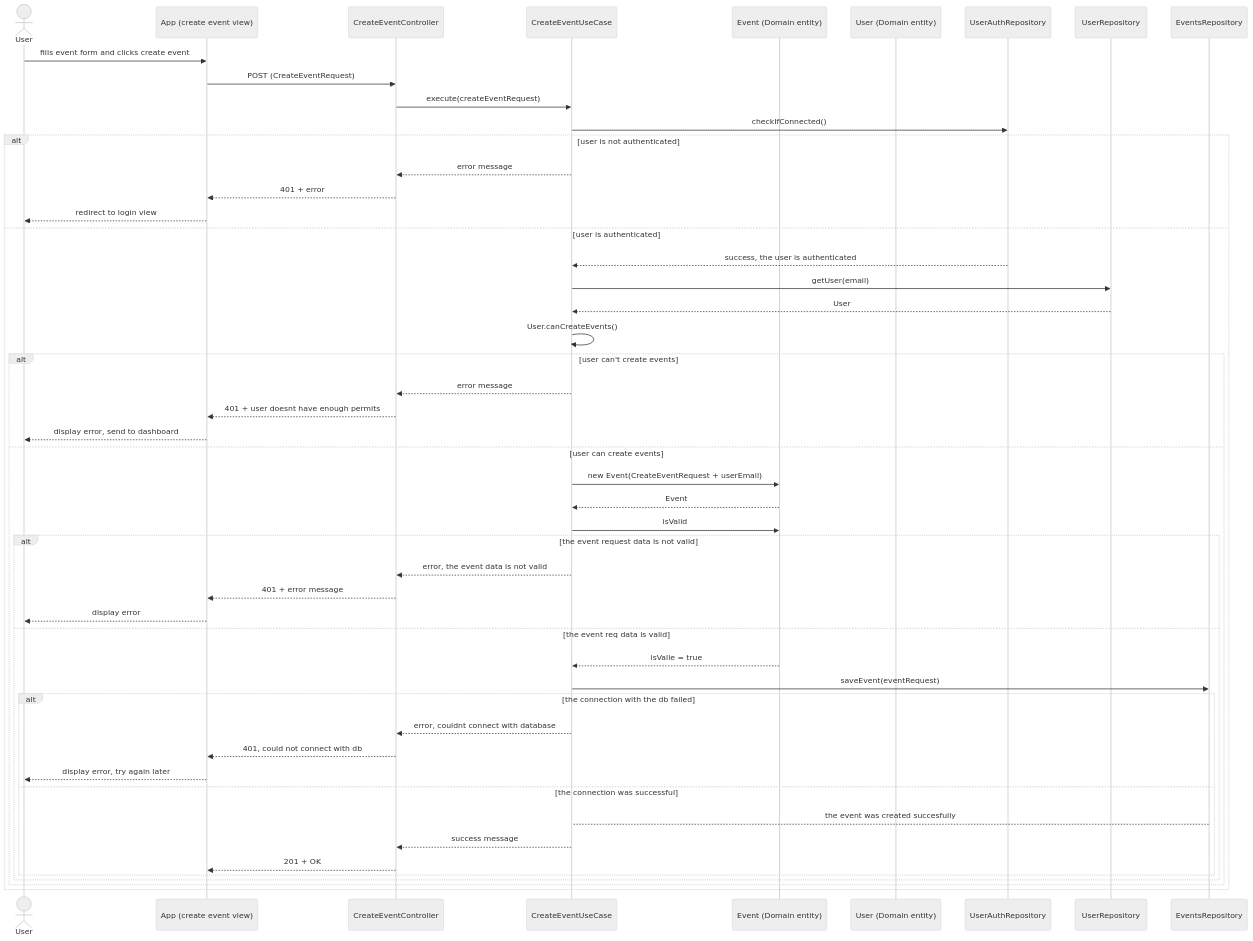
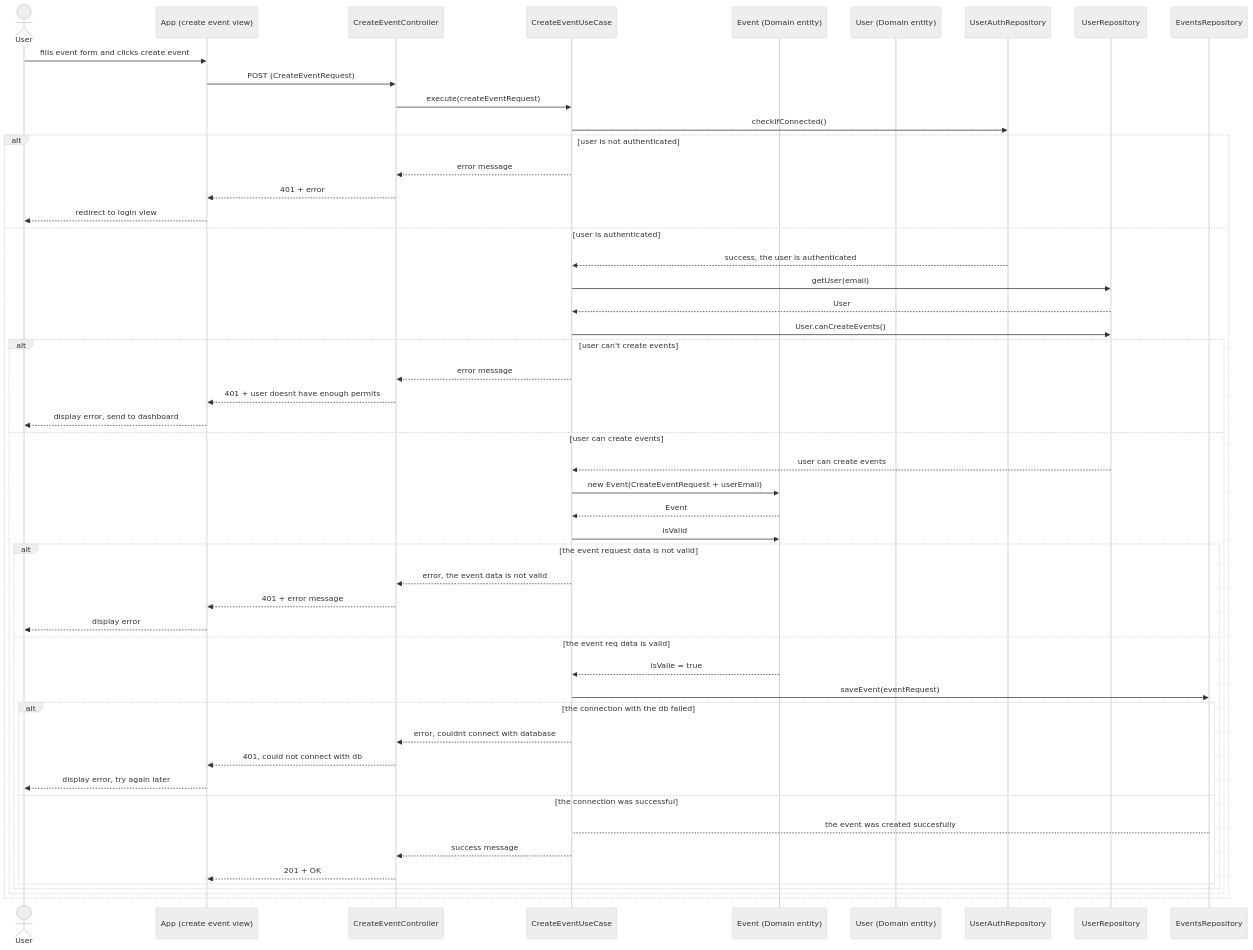
Before and after one commit to Lenninssp/Cannin-Tickets: the diagram in docs/events.md, drawn with Mermaid (neutral theme). The commit also changed 6 other files, not shown here.

````diff
--- a/docs/events.md
+++ b/docs/events.md
@@ -3,54 +3,55 @@
 ```mermaid
 
 sequenceDiagram
 actor User
 participant UI as App (create event view)
 participant Controller as CreateEventController
 participant UseCase as CreateEventUseCase
 participant EventEntity as Event (Domain entity)
 participant UserEntity as User (Domain entity)
 participant AuthRepo as UserAuthRepository
 participant UserRepo as UserRepository
 participant EventRepo as EventsRepository
 
 User->>UI: fills event form and clicks create event
 UI->>Controller: POST (CreateEventRequest)
 Controller->>UseCase: execute(createEventRequest)
 UseCase->>AuthRepo: checkIfConnected()
 alt user is not authenticated
   UseCase-->>Controller: error message
   Controller-->>UI: 401 + error
   UI-->>User: redirect to login view
 else user is authenticated
 AuthRepo-->>UseCase: success, the user is authenticated
 UseCase->>UserRepo: getUser(email)
 UserRepo-->>UseCase: User
-UseCase->>UseCase: User.canCreateEvents()
+UseCase->>UserRepo: User.canCreateEvents()
 alt user can't create events
   UseCase-->>Controller: error message
   Controller-->>UI: 401 + user doesnt have enough permits
   UI-->>User: display error, send to dashboard
 else user can create events
+UserRepo-->>UseCase: user can create events
 UseCase->>EventEntity: new Event(CreateEventRequest + userEmail)
 EventEntity-->>UseCase: Event
 UseCase->>EventEntity: isValid
 alt the event request data is not valid
   UseCase-->>Controller: error, the event data is not valid
   Controller-->>UI: 401 + error message
   UI-->>User: display error
 else the event req data is valid
 EventEntity-->>UseCase: isValie = true
 UseCase->>EventRepo: saveEvent(eventRequest)
 alt the connection with the db failed
   UseCase-->>Controller: error, couldnt connect with database
   Controller-->>UI: 401, could not connect with db
 UI-->>User: display error, try again later
 else the connection was successful
 EventRepo-->UseCase: the event was created succesfully
 UseCase-->>Controller: success message
 Controller-->>UI: 201 + OK
 end
 end
 end
 end
 ```
````
